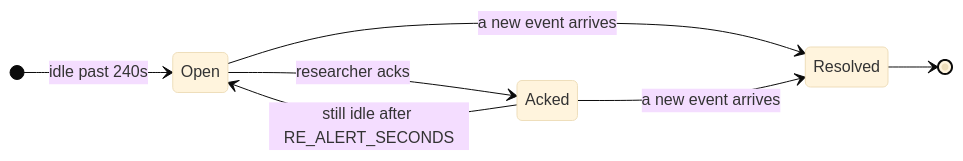
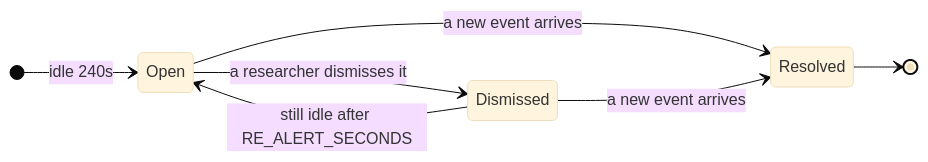
One commit to InviteInstitute/lm-dashboard changed the third of 3 diagrams in docs/concepts/write-path.md. Above: the diagram before and after it, drawn with Mermaid (base theme). The commit also changed other lines of this file and 21 other files, not shown here.

````diff
--- a/docs/concepts/write-path.md
+++ b/docs/concepts/write-path.md
@@ -216,10 +191,10 @@
 ```mermaid
 stateDiagram-v2
     direction LR
-    [*] --> Open: idle past 240s
+    [*] --> Open: idle 240s
     Open --> Resolved: a new event arrives
-    Open --> Acked: researcher acks
-    Acked --> Resolved: a new event arrives
-    Acked --> Open: still idle after RE_ALERT_SECONDS
+    Open --> Dismissed: a researcher dismisses it
+    Dismissed --> Resolved: a new event arrives
+    Dismissed --> Open: still idle after RE_ALERT_SECONDS
     Resolved --> [*]
 ```
````
